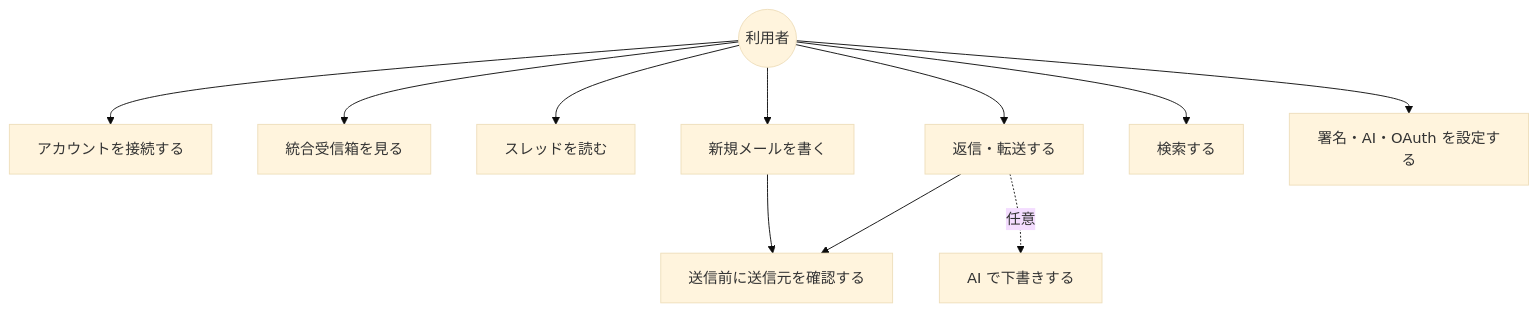
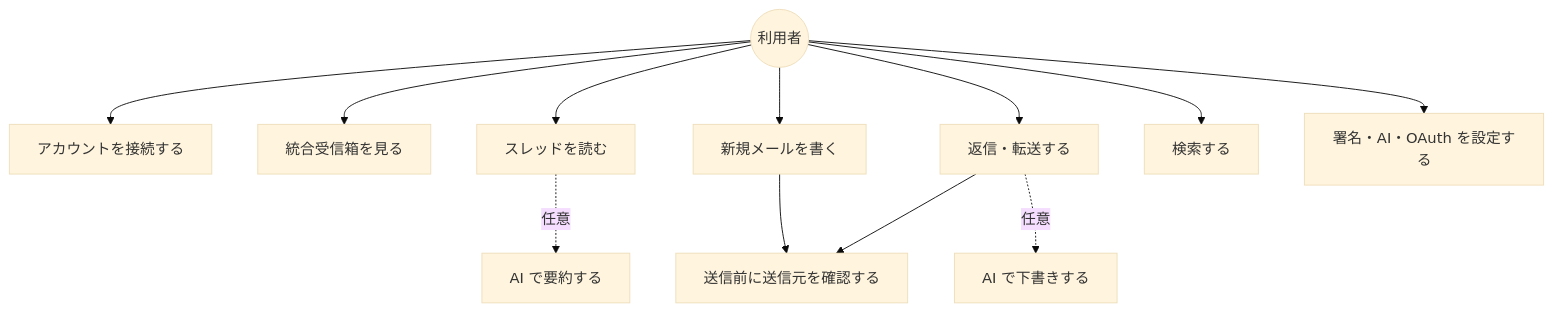
The first of 3 diagrams in docs/requirements/functional.md (ousiassllc/hitomado), drawn with Mermaid (base theme) before and after one commit. The commit also changed other lines of this file and 5 other files, not shown here.

````diff
--- a/docs/requirements/functional.md
+++ b/docs/requirements/functional.md
@@ -14,14 +14,15 @@
 ```mermaid
 graph TD
   U((利用者))
   U --> UC1[アカウントを接続する]
   U --> UC2[統合受信箱を見る]
   U --> UC3[スレッドを読む]
   U --> UC4[返信・転送する]
   U --> UC5[新規メールを書く]
   U --> UC6[検索する]
   U --> UC7[署名・AI・OAuth を設定する]
   UC4 --> UC8[送信前に送信元を確認する]
   UC5 --> UC8
   UC4 -.任意.-> UC9[AI で下書きする]
+  UC3 -.任意.-> UC10[AI で要約する]
 ```
````
